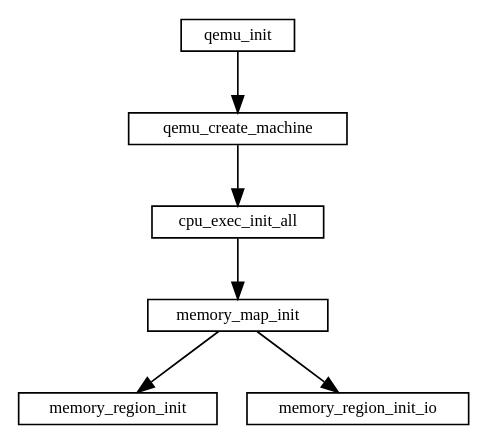
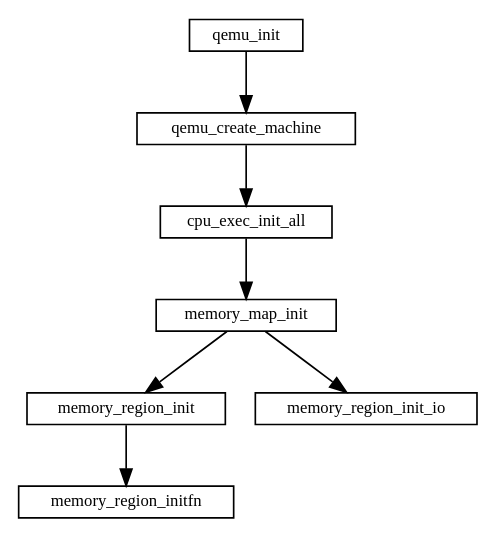
The diagram in qemu/qemu-kvm内存虚拟化.md (sisyphus1212/note), drawn with Graphviz before and after one commit.

Commit message:
auto_update

````diff
--- a/qemu/qemu-kvm内存虚拟化.md
+++ b/qemu/qemu-kvm内存虚拟化.md
@@ -10,17 +10,18 @@
 ```graphviz
 digraph {
     fontname="Helvetica,Arial,sans-serif"
     //node [fontname="Helvetica,Arial,sans-serif"]
     //edge [fontname="Helvetica,Arial,sans-serif"]
     //rankdir="LR"
     node [fontsize=10, shape=record, height=0.25]
     edge [fontsize=10]
     qemu_init -> qemu_create_machine
               -> cpu_exec_init_all
               -> memory_map_init
               memory_map_init
                 -> memory_region_init
+                -> memory_region_initfn
               memory_map_init
                 -> memory_region_init_io
 }
 ```
````
